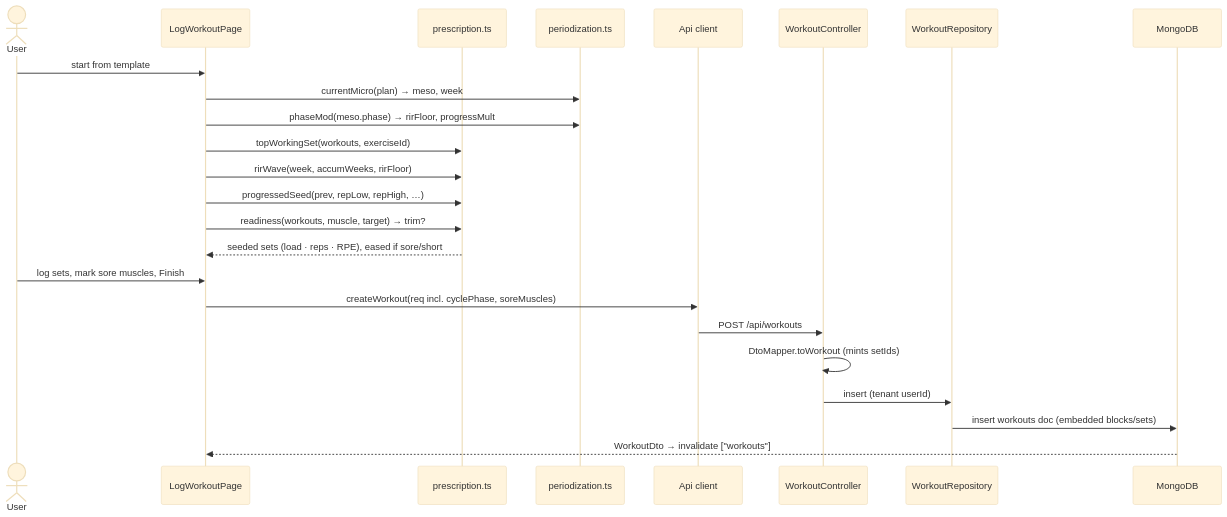
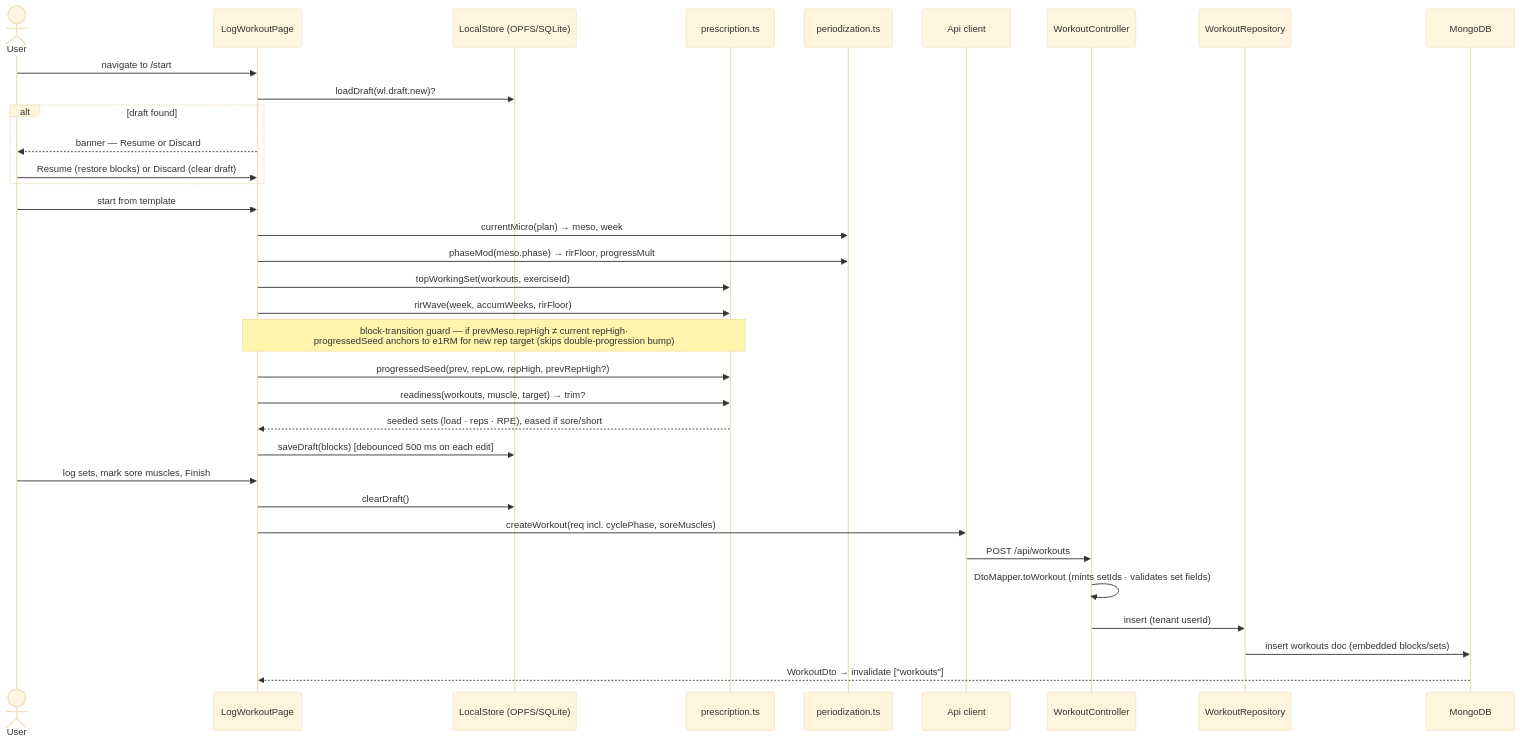
Diagram 13 of 17 in DIAGRAMS.md (avishek-giftnote/workout-logger), drawn with Mermaid (base theme) before and after one commit. The commit also changed other lines of this file and 5 other files, not shown here.

````diff
--- a/DIAGRAMS.md
+++ b/DIAGRAMS.md
@@ -543,26 +548,36 @@
 ```mermaid
 sequenceDiagram
   actor U as User
   participant LP as LogWorkoutPage
+  participant LS as LocalStore (OPFS/SQLite)
   participant RX as prescription.ts
   participant PD as periodization.ts
   participant API as Api client
   participant WC as WorkoutController
   participant WR as WorkoutRepository
   participant DB as MongoDB
+  U->>LP: navigate to /start
+  LP->>LS: loadDraft(wl.draft.new)?
+  alt draft found
+    LP-->>U: banner — Resume or Discard
+    U->>LP: Resume (restore blocks) or Discard (clear draft)
+  end
   U->>LP: start from template
   LP->>PD: currentMicro(plan) → meso, week
   LP->>PD: phaseMod(meso.phase) → rirFloor, progressMult
   LP->>RX: topWorkingSet(workouts, exerciseId)
   LP->>RX: rirWave(week, accumWeeks, rirFloor)
-  LP->>RX: progressedSeed(prev, repLow, repHigh, …)
+  Note over LP,RX: block-transition guard — if prevMeso.repHigh ≠ current repHigh·<br/>progressedSeed anchors to e1RM for new rep target (skips double-progression bump)
+  LP->>RX: progressedSeed(prev, repLow, repHigh, prevRepHigh?)
   LP->>RX: readiness(workouts, muscle, target) → trim?
   RX-->>LP: seeded sets (load · reps · RPE), eased if sore/short
+  LP->>LS: saveDraft(blocks) [debounced 500 ms on each edit]
   U->>LP: log sets, mark sore muscles, Finish
+  LP->>LS: clearDraft()
   LP->>API: createWorkout(req incl. cyclePhase, soreMuscles)
   API->>WC: POST /api/workouts
-  WC->>WC: DtoMapper.toWorkout (mints setIds)
+  WC->>WC: DtoMapper.toWorkout (mints setIds · validates set fields)
   WC->>WR: insert (tenant userId)
   WR->>DB: insert workouts doc (embedded blocks/sets)
   DB-->>LP: WorkoutDto → invalidate ["workouts"]
 ```
````
